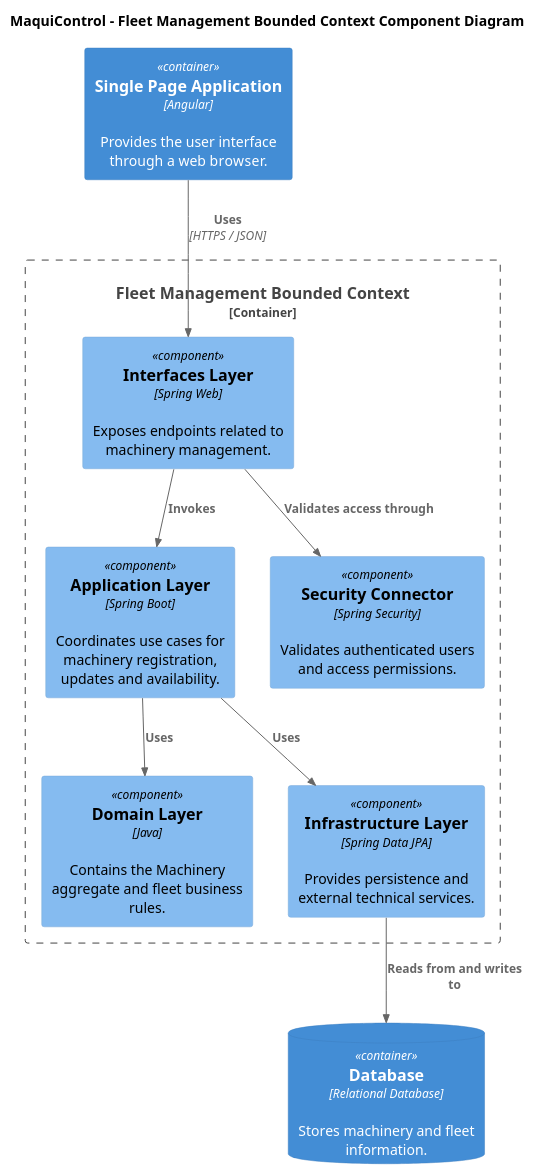
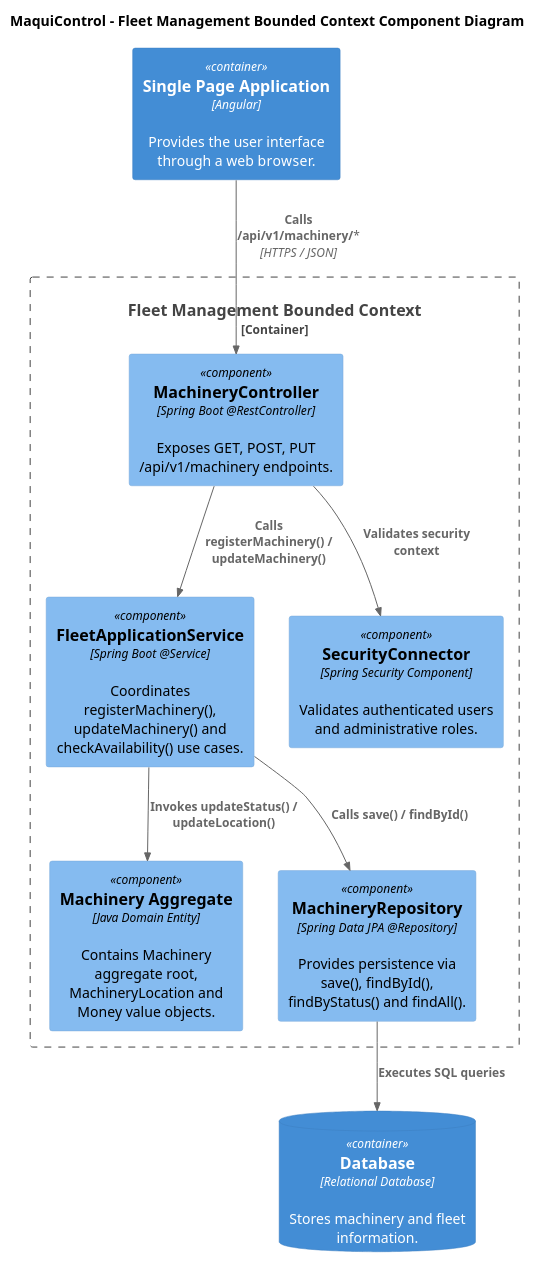
The diagram in docs/architecture/components/fleet-management-components.puml (AndesHeavyTech/MaquiControl), drawn with PlantUML before and after one commit. The commit also changed 31 other files, not shown here.

Commit message:
docs(diagrams): update component descriptions and API endpoint details across multiple diagrams

```diff
--- a/docs/architecture/components/fleet-management-components.puml
+++ b/docs/architecture/components/fleet-management-components.puml
@@ -1,30 +1,30 @@
 @startuml
 !include <C4/C4_Component>
 
 title MaquiControl - Fleet Management Bounded Context Component Diagram
 
 Container(webapp, "Single Page Application", "Angular", "Provides the user interface through a web browser.")
 
 Container_Boundary(fleet, "Fleet Management Bounded Context") {
 
-    Component(interfaces, "Interfaces Layer", "Spring Web", "Exposes endpoints related to machinery management.")
+    Component(interfaces, "MachineryController", "Spring Boot @RestController", "Exposes GET, POST, PUT /api/v1/machinery endpoints.")
 
-    Component(application, "Application Layer", "Spring Boot", "Coordinates use cases for machinery registration, updates and availability.")
+    Component(application, "FleetApplicationService", "Spring Boot @Service", "Coordinates registerMachinery(), updateMachinery() and checkAvailability() use cases.")
 
-    Component(domain, "Domain Layer", "Java", "Contains the Machinery aggregate and fleet business rules.")
+    Component(domain, "Machinery Aggregate", "Java Domain Entity", "Contains Machinery aggregate root, MachineryLocation and Money value objects.")
 
-    Component(infrastructure, "Infrastructure Layer", "Spring Data JPA", "Provides persistence and external technical services.")
+    Component(infrastructure, "MachineryRepository", "Spring Data JPA @Repository", "Provides persistence via save(), findById(), findByStatus() and findAll().")
 
-    Component(security, "Security Connector", "Spring Security", "Validates authenticated users and access permissions.")
+    Component(security, "SecurityConnector", "Spring Security Component", "Validates authenticated users and administrative roles.")
 }
 
 ContainerDb(database, "Database", "Relational Database", "Stores machinery and fleet information.")
 
-Rel(webapp, interfaces, "Uses", "HTTPS / JSON")
-Rel(interfaces, application, "Invokes")
-Rel(application, domain, "Uses")
-Rel(application, infrastructure, "Uses")
-Rel(infrastructure, database, "Reads from and writes to")
-Rel(interfaces, security, "Validates access through")
+Rel(webapp, interfaces, "Calls /api/v1/machinery/*", "HTTPS / JSON")
+Rel(interfaces, application, "Calls registerMachinery() / updateMachinery()")
+Rel(application, domain, "Invokes updateStatus() / updateLocation()")
+Rel(application, infrastructure, "Calls save() / findById()")
+Rel(infrastructure, database, "Executes SQL queries")
+Rel(interfaces, security, "Validates security context")
 
 @enduml
```
